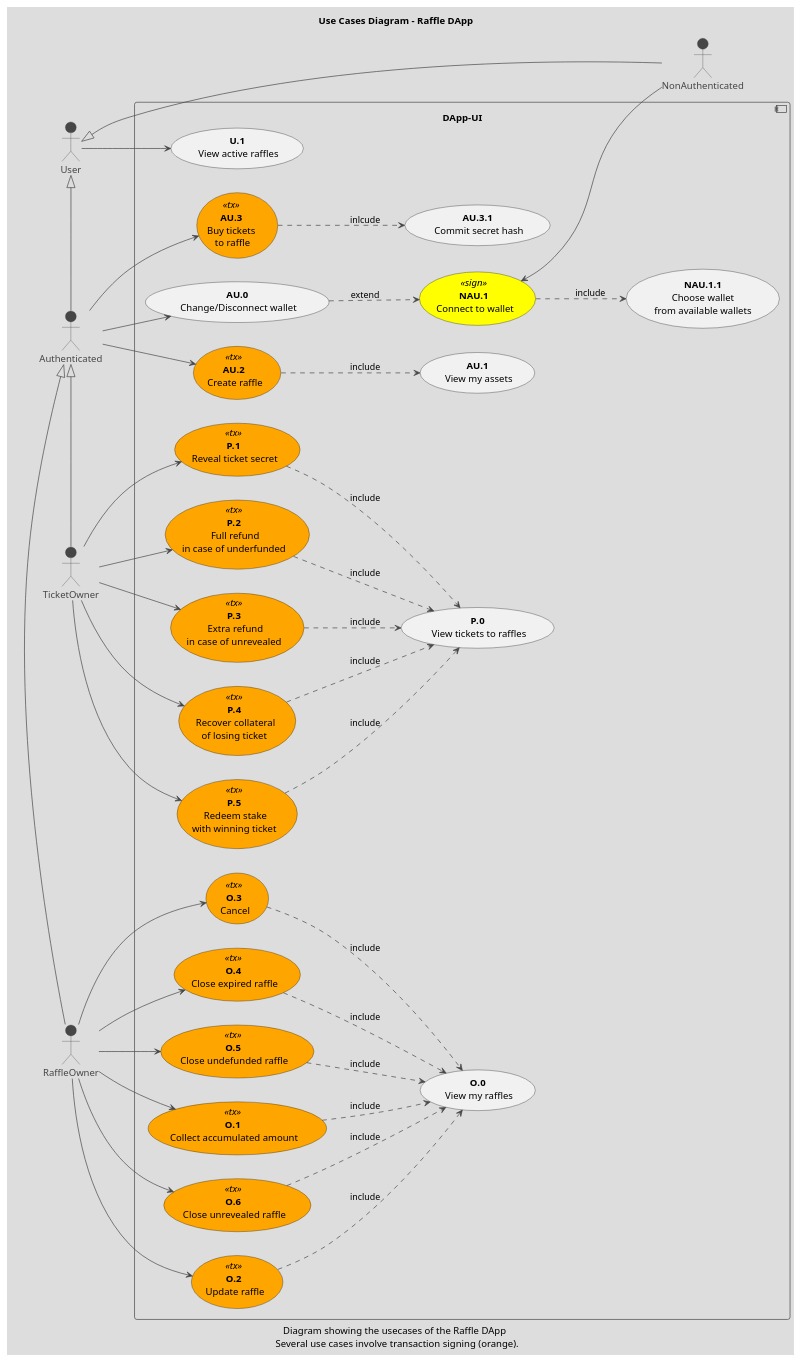
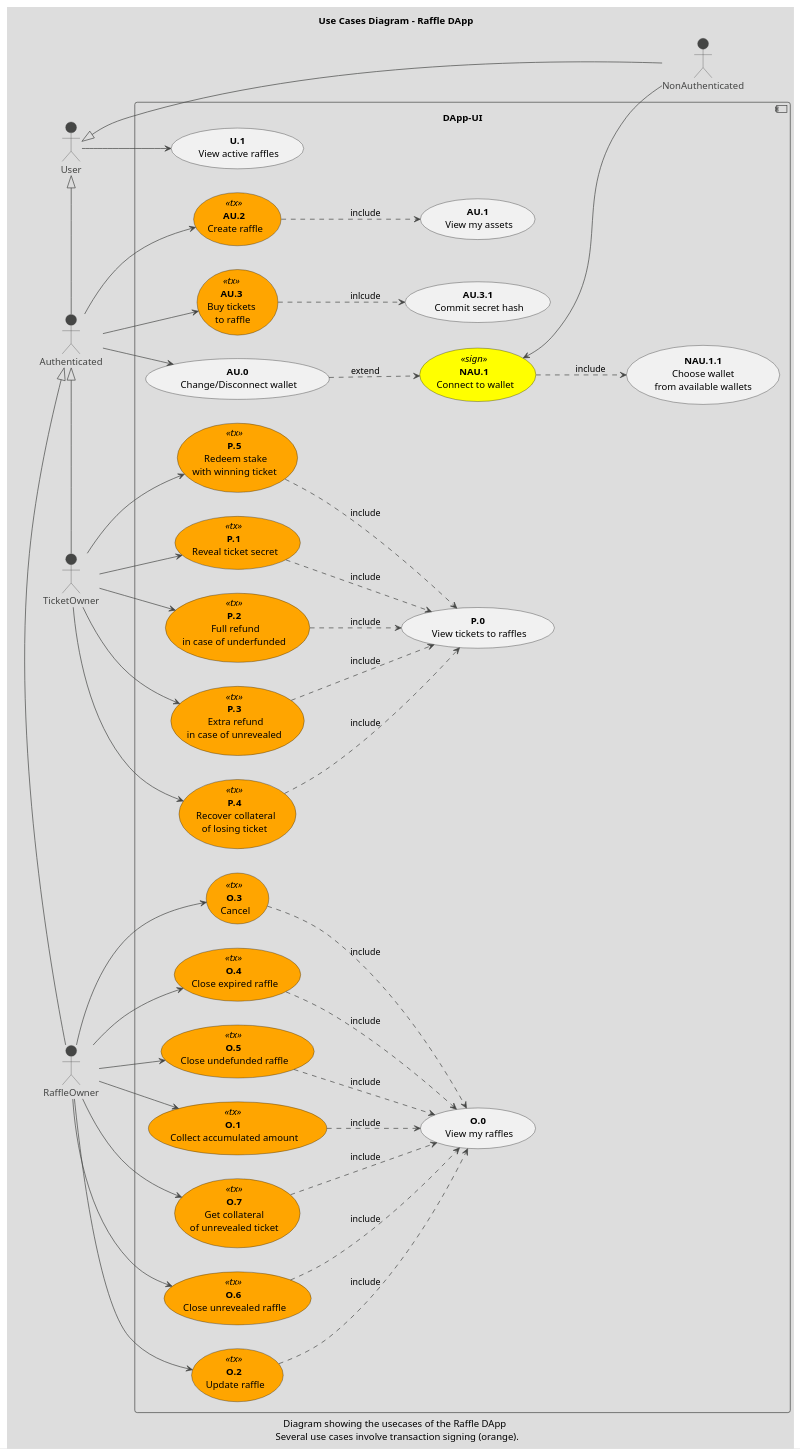
One commit to mariusgeorgescu/raffleize changed the diagram in Documentation/Diagrams/Usecase/UsecaseDiagram-RaffleDApp.puml. Above: the diagram before and after it, drawn with PlantUML. The commit also changed 36 other files, not shown here.

```diff
--- a/Documentation/Diagrams/Usecase/UsecaseDiagram-RaffleDApp.puml
+++ b/Documentation/Diagrams/Usecase/UsecaseDiagram-RaffleDApp.puml
@@ -1,111 +1,114 @@
 @startuml RaffleDApp-UseCase
 
 
 title Use Cases Diagram - Raffle DApp
 caption Diagram showing the usecases of the Raffle DApp \n Several use cases involve transaction signing (orange).
 
 !theme toy
 skinparam usecase {
     BackgroundColor<<tx>> Orange
 }
 skinparam usecase {
     BackgroundColor<<sign>> Yellow
 }
 
 
 
 Actor User as U
 Actor NonAuthenticated as NAU
 Actor Authenticated as AU
 Actor TicketOwner as P
 Actor RaffleOwner as O
 
 U  <|- AU
 U  <|- NAU
 AU <|- O
 AU <|- P
 
 left to right direction
 
 
 component  (DApp-UI) as DApp{
     ' Any user
     usecase (<b>U.1\n View active raffles) as viewActive
     usecase (<b>NAU.1\n Connect to wallet) <<sign>> as connectToWallet
     usecase (<b>NAU.1.1\n Choose wallet \nfrom available wallets) as chooseWallet
 
     ' Authenticated user
     usecase (<b>AU.0\n Change/Disconnect wallet) as disconnectWallet
     usecase (<b>AU.1\n View my assets) as viewMyAssets
     usecase (<b>AU.2\n Create raffle) <<tx>>  as createRaffle
     usecase (<b>AU.3\nBuy tickets\n to raffle) <<tx>> as  buyTicket
     usecase (<b>AU.3.1\n Commit secret hash) as commit
 
 
 
 
     ' ' ' Organizer
     usecase (<b>O.0\n View my raffles) as viewMyRaffles
     usecase (<b>O.1\n Collect accumulated amount)  <<tx>>  as collectAmount
     usecase (<b>O.2\n Update raffle)  <<tx>>  as update
     usecase (<b>O.3\n Cancel) <<tx>>  as cancel
     usecase (<b>O.4\n Close expired raffle) <<tx>>  as closeExpired
     usecase (<b>O.5\n Close undefunded raffle) <<tx>>  as closeUnderfunded
     usecase (<b>O.6\n Close unrevealed raffle) <<tx>>  as closeUnrevealed
+    usecase (<b>O.7\n Get collateral \nof unrevealed ticket) <<tx>>  as closeUnrevealedTicket
 
     ' ' ' Participants
     usecase (<b>P.0\n View tickets to raffles) as viewJoinedRaffles
     usecase (<b>P.1\n Reveal ticket secret) <<tx>> as reveal
     usecase (<b>P.2\n Full refund\nin case of underfunded) <<tx>> as fullRefund
     usecase (<b>P.3\n Extra refund\nin case of unrevealed) <<tx>> as extraRefund
     usecase (<b>P.4\n Recover collateral\nof losing ticket) <<tx>> as recoverCollateral
     usecase (<b>P.5\n Redeem stake\nwith winning ticket) <<tx>> as redeemWin
  
     buyTicket ..> commit : inlcude
     connectToWallet ..> chooseWallet : include
     disconnectWallet ..> connectToWallet : extend
     createRaffle ..> viewMyAssets : include
 
 
     collectAmount ..>  viewMyRaffles: include
     update ..> viewMyRaffles: include
     cancel ..> viewMyRaffles: include
     closeExpired ..> viewMyRaffles: include
     closeUnderfunded ..> viewMyRaffles: include
     closeUnrevealed ..> viewMyRaffles: include
+    closeUnrevealedTicket ..> viewMyRaffles: include
 
     reveal ..> viewJoinedRaffles  : include
     fullRefund ..> viewJoinedRaffles  : include
     extraRefund ..> viewJoinedRaffles  : include
     recoverCollateral ..> viewJoinedRaffles  : include
     redeemWin ..> viewJoinedRaffles  : include
 }
 
 
 U -> viewActive
 
 NAU -up-> connectToWallet
 
 AU -left-> disconnectWallet
 AU -left-> createRaffle
 AU -right-> buyTicket
 
  
 O -left-> collectAmount
 O --> update
 O --> cancel
 O --> closeExpired
 O --> closeUnderfunded
+O -right-> closeUnrevealedTicket
 O -right-> closeUnrevealed
 
 P --> reveal
 P --> fullRefund
 P --> extraRefund
 P --> recoverCollateral
 P --> redeemWin
 
 
 
 
 
 @enduml
```
